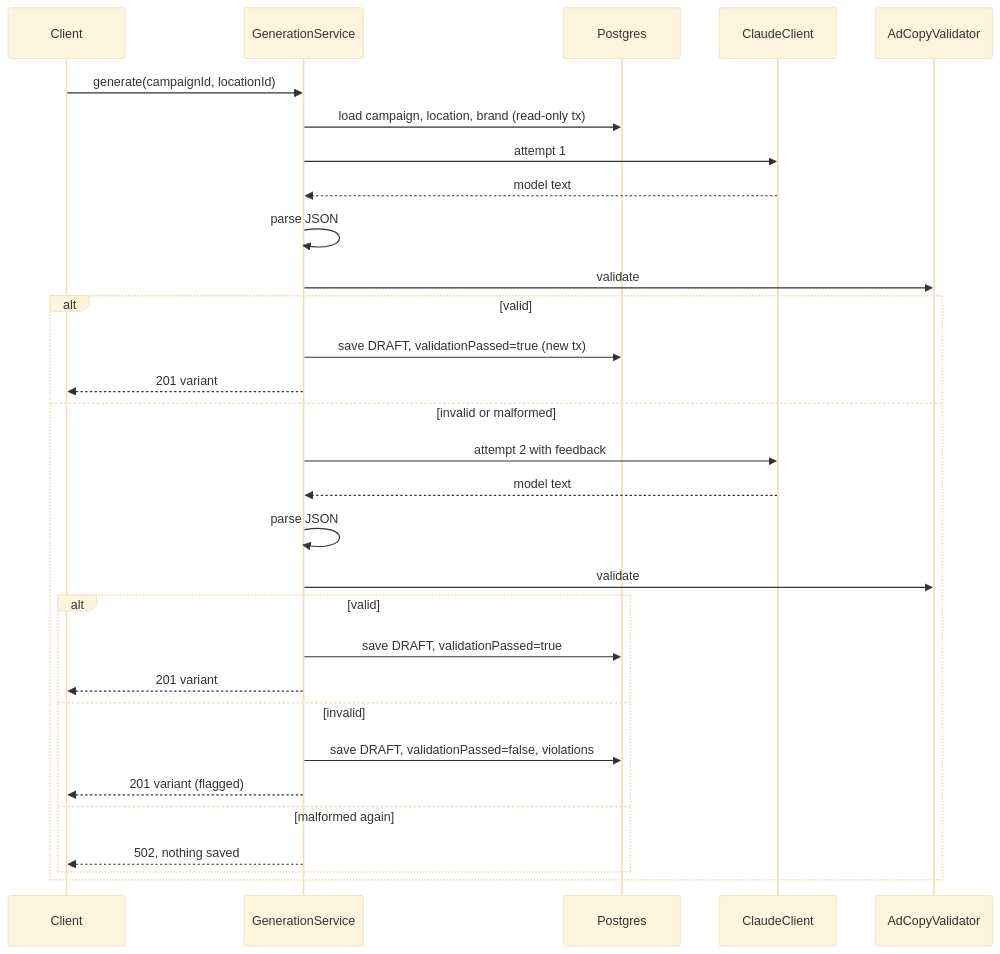
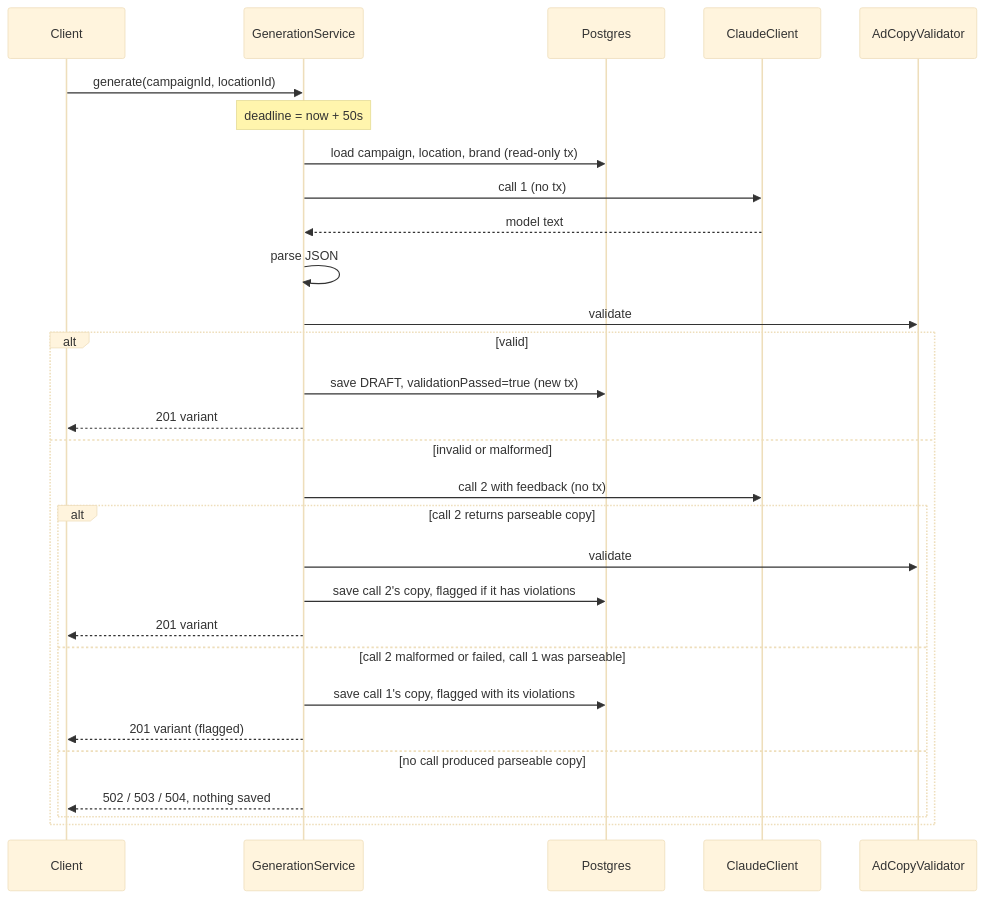
The first of 2 diagrams in docs/flow.md (Jasmeet-011/FranchiseAds), drawn with Mermaid (base theme) before and after one commit. The commit also changed other lines of this file and 13 other files, not shown here.

````diff
--- a/docs/flow.md
+++ b/docs/flow.md
@@ -9,33 +9,32 @@
 ```mermaid
 sequenceDiagram
     participant C as Client
     participant G as GenerationService
     participant DB as Postgres
     participant CL as ClaudeClient
     participant V as AdCopyValidator
 
     C->>G: generate(campaignId, locationId)
+    Note over G: deadline = now + 50s
     G->>DB: load campaign, location, brand (read-only tx)
-    G->>CL: attempt 1
+    G->>CL: call 1 (no tx)
     CL-->>G: model text
     G->>G: parse JSON
     G->>V: validate
     alt valid
         G->>DB: save DRAFT, validationPassed=true (new tx)
         G-->>C: 201 variant
     else invalid or malformed
-        G->>CL: attempt 2 with feedback
-        CL-->>G: model text
-        G->>G: parse JSON
-        G->>V: validate
-        alt valid
-            G->>DB: save DRAFT, validationPassed=true
+        G->>CL: call 2 with feedback (no tx)
+        alt call 2 returns parseable copy
+            G->>V: validate
+            G->>DB: save call 2's copy, flagged if it has violations
             G-->>C: 201 variant
-        else invalid
-            G->>DB: save DRAFT, validationPassed=false, violations
+        else call 2 malformed or failed, call 1 was parseable
+            G->>DB: save call 1's copy, flagged with its violations
             G-->>C: 201 variant (flagged)
-        else malformed again
-            G-->>C: 502, nothing saved
+        else no call produced parseable copy
+            G-->>C: 502 / 503 / 504, nothing saved
         end
     end
 ```
````
